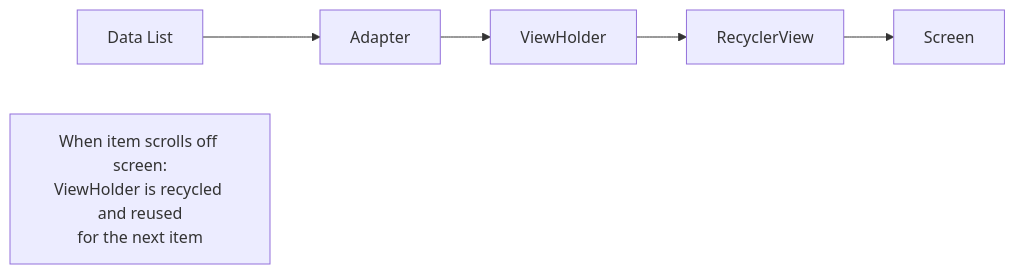
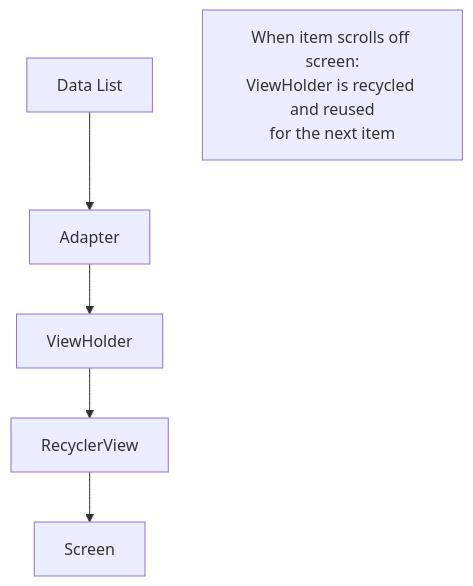
One commit to amitdevx/TY changed the fourth of 4 diagrams in 02-Semester-VI/CS-357-MJ-T-Android-Programming/Unit-2.md. Above: the diagram before and after it, drawn with Mermaid. The commit also changed 65 other files, not shown here.

Commit message:
fix:graph vertical

````diff
--- a/02-Semester-VI/CS-357-MJ-T-Android-Programming/Unit-2.md
+++ b/02-Semester-VI/CS-357-MJ-T-Android-Programming/Unit-2.md
@@ -450,8 +450,8 @@
 ```mermaid
-graph LR
+graph TD
     Data[Data List] --> Adapter
     Adapter --> VH[ViewHolder]
     VH --> RV[RecyclerView]
     RV --> Screen
-    Note["When item scrolls off screen:<br/>ViewHolder is recycled and reused<br/>for the next item"] 
+    Note["When item scrolls off screen:<br/>ViewHolder is recycled and reused<br/>for the next item"]
 ```
````
